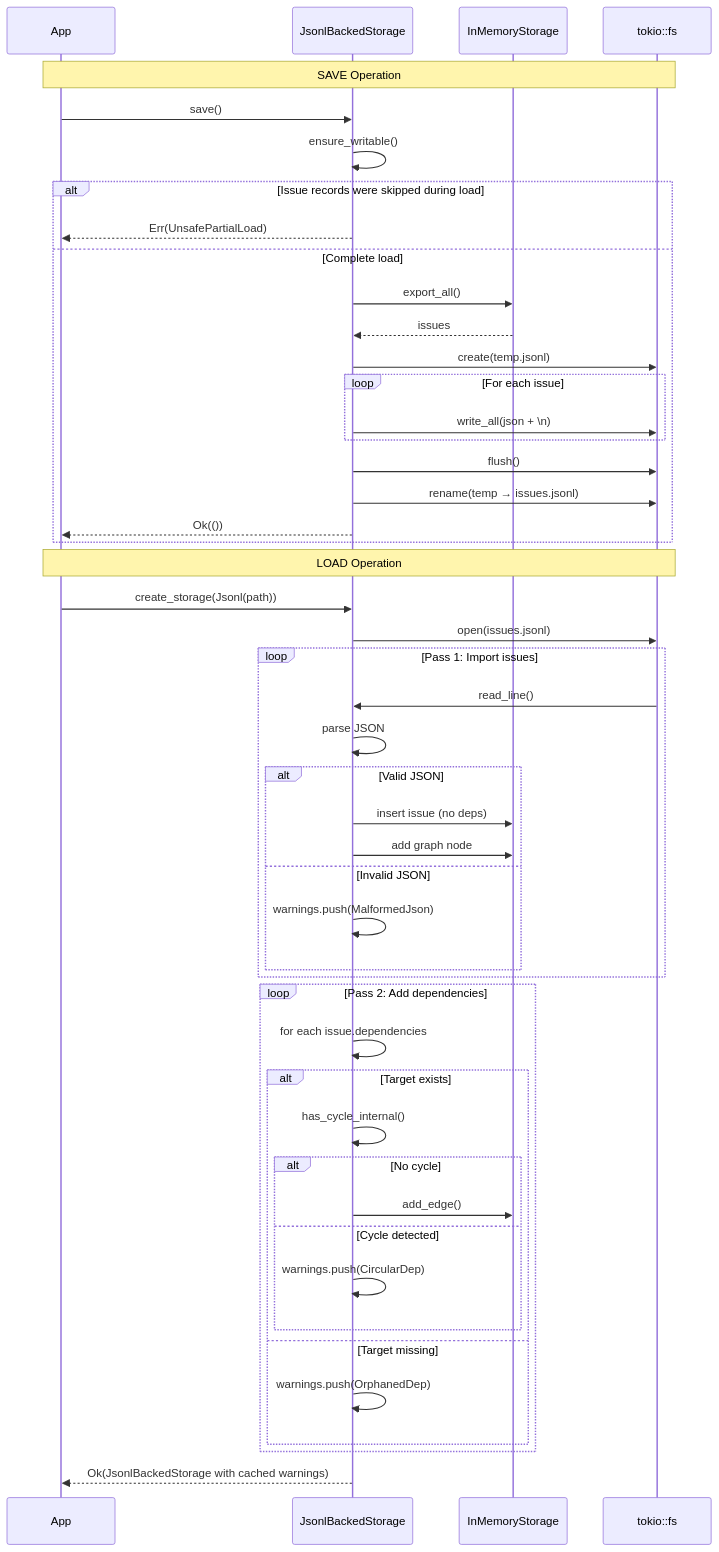
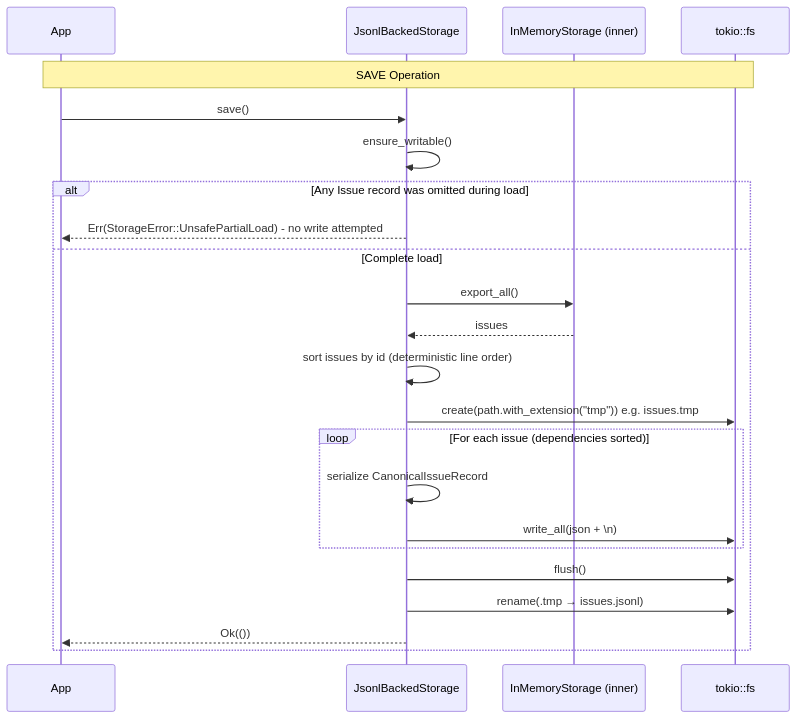
Before and after one commit to dwalleck/rivets: the third of 9 diagrams in docs/storage-architecture.md, drawn with Mermaid. The commit also changed other lines of this file and 4 other files, not shown here.

````diff
--- a/docs/storage-architecture.md
+++ b/docs/storage-architecture.md
@@ -111,54 +133,27 @@
 ```mermaid
 sequenceDiagram
     participant App
     participant Storage as JsonlBackedStorage
-    participant Inner as InMemoryStorage
+    participant Inner as InMemoryStorage (inner)
     participant FS as tokio::fs
 
     Note over App,FS: SAVE Operation
 
     App->>Storage: save()
     Storage->>Storage: ensure_writable()
-    alt Issue records were skipped during load
-        Storage-->>App: Err(UnsafePartialLoad)
+    alt Any Issue record was omitted during load
+        Storage-->>App: Err(StorageError::UnsafePartialLoad) - no write attempted
     else Complete load
         Storage->>Inner: export_all()
         Inner-->>Storage: issues
-        Storage->>FS: create(temp.jsonl)
-        loop For each issue
+        Storage->>Storage: sort issues by id (deterministic line order)
+        Storage->>FS: create(path.with_extension("tmp")) e.g. issues.tmp
+        loop For each issue (dependencies sorted)
+            Storage->>Storage: serialize CanonicalIssueRecord
             Storage->>FS: write_all(json + \n)
         end
         Storage->>FS: flush()
-        Storage->>FS: rename(temp → issues.jsonl)
+        Storage->>FS: rename(.tmp → issues.jsonl)
         Storage-->>App: Ok(())
     end
-
-    Note over App,FS: LOAD Operation
-
-    App->>Storage: create_storage(Jsonl(path))
-    Storage->>FS: open(issues.jsonl)
-    loop Pass 1: Import issues
-        FS->>Storage: read_line()
-        Storage->>Storage: parse JSON
-        alt Valid JSON
-            Storage->>Inner: insert issue (no deps)
-            Storage->>Inner: add graph node
-        else Invalid JSON
-            Storage->>Storage: warnings.push(MalformedJson)
-        end
-    end
-    loop Pass 2: Add dependencies
-        Storage->>Storage: for each issue.dependencies
-        alt Target exists
-            Storage->>Storage: has_cycle_internal()
-            alt No cycle
-                Storage->>Inner: add_edge()
-            else Cycle detected
-                Storage->>Storage: warnings.push(CircularDep)
-            end
-        else Target missing
-            Storage->>Storage: warnings.push(OrphanedDep)
-        end
-    end
-    Storage-->>App: Ok(JsonlBackedStorage with cached warnings)
 ```
````
